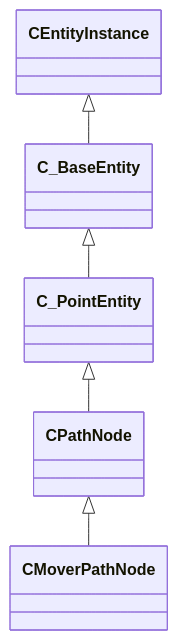
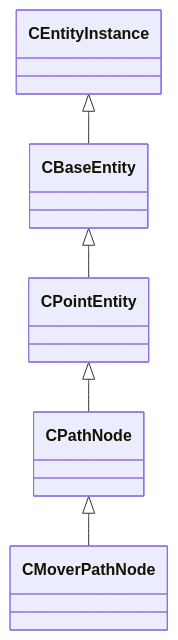
Before and after one commit to CS2OpenDev/CS2OpenDev-Docs: the diagram in docs/generated/schemas/server/CMoverPathNode.md, drawn with Mermaid. The commit also changed other lines of this file and 4525 other files, not shown here.

````diff
--- a/docs/generated/schemas/server/CMoverPathNode.md
+++ b/docs/generated/schemas/server/CMoverPathNode.md
@@ -17,7 +19,7 @@
 ```mermaid
 classDiagram
     CPathNode <|-- CMoverPathNode
-    C_PointEntity <|-- CPathNode
-    C_BaseEntity <|-- C_PointEntity
-    CEntityInstance <|-- C_BaseEntity
+    CPointEntity <|-- CPathNode
+    CBaseEntity <|-- CPointEntity
+    CEntityInstance <|-- CBaseEntity
 ```
````
